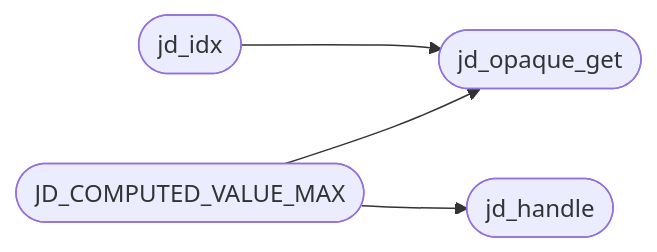
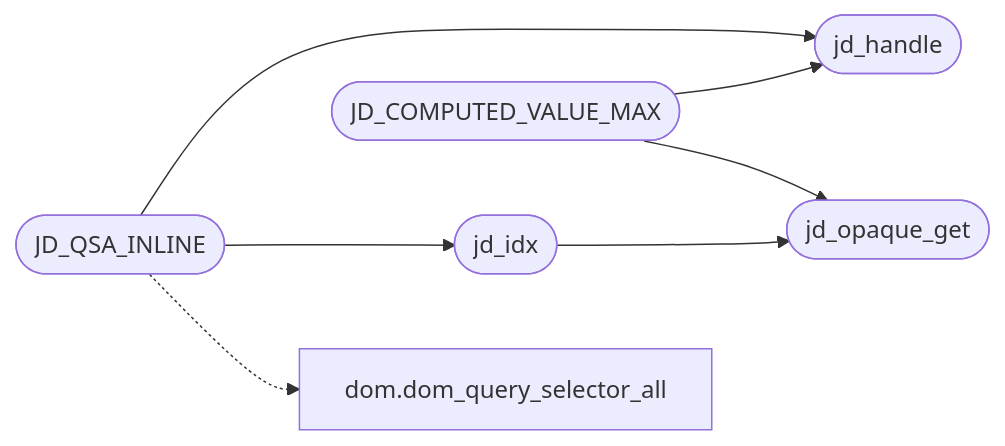
Before and after one commit to grisuno/FreeDom: the diagram in readmenator-apidocs/modules/src.js_dom.c.md, drawn with Mermaid. The commit also changed other lines of this file and 156 other files, not shown here.

````diff
--- a/readmenator-apidocs/modules/src.js_dom.c.md
+++ b/readmenator-apidocs/modules/src.js_dom.c.md
@@ -15,10 +15,15 @@
 ```mermaid
 flowchart LR
     n_src_js_dom_c__jd_idx(["jd_idx"])
     n_src_js_dom_c__jd_opaque_get(["jd_opaque_get"])
     n_src_js_dom_c__JD_COMPUTED_VALUE_MAX(["JD_COMPUTED_VALUE_MAX"])
     n_src_js_dom_c__jd_handle(["jd_handle"])
+    n_src_js_dom_c__JD_QSA_INLINE(["JD_QSA_INLINE"])
+    n_src_dom_c__dom_query_selector_all["dom.dom_query_selector_all"]
     n_src_js_dom_c__jd_idx --> n_src_js_dom_c__jd_opaque_get
     n_src_js_dom_c__JD_COMPUTED_VALUE_MAX --> n_src_js_dom_c__jd_handle
     n_src_js_dom_c__JD_COMPUTED_VALUE_MAX --> n_src_js_dom_c__jd_opaque_get
+    n_src_js_dom_c__JD_QSA_INLINE --> n_src_js_dom_c__jd_handle
+    n_src_js_dom_c__JD_QSA_INLINE --> n_src_js_dom_c__jd_idx
+    n_src_js_dom_c__JD_QSA_INLINE -.-> n_src_dom_c__dom_query_selector_all
 ```
````
